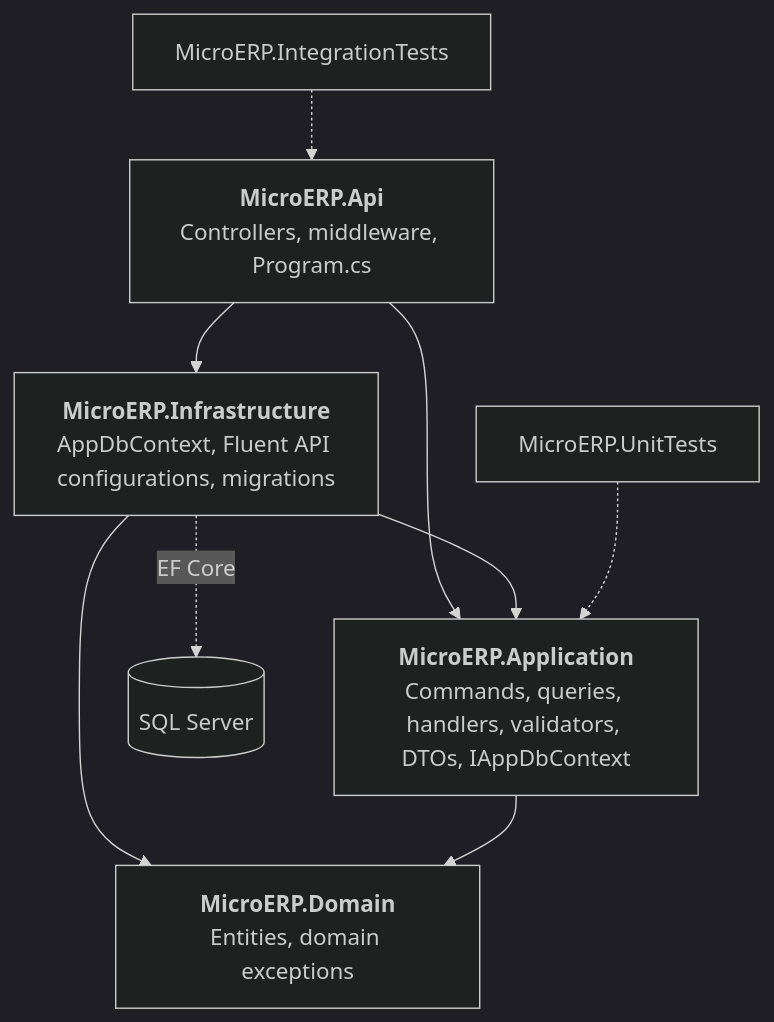
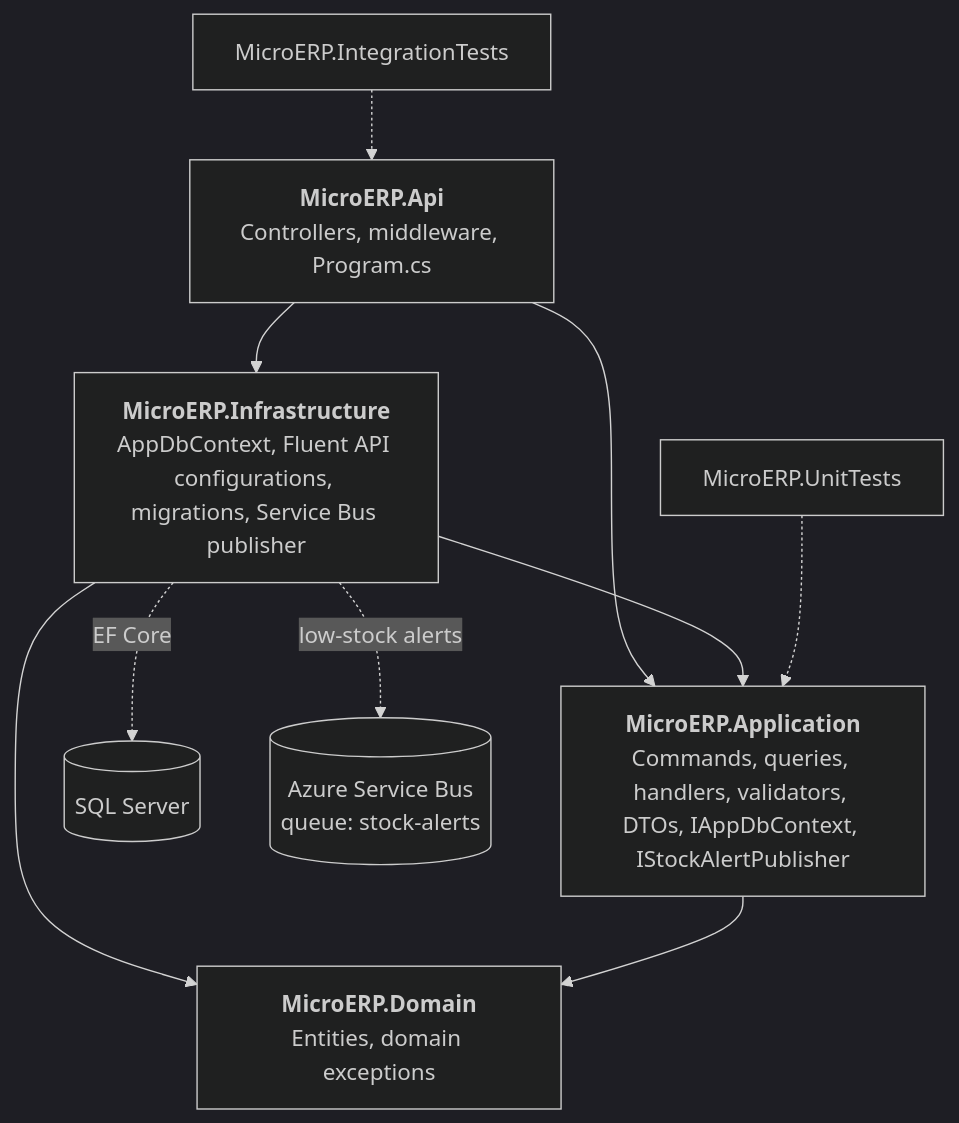
One commit to Nerso1/MicroERP changed the first of 3 diagrams in README.md. Above: the diagram before and after it, drawn with Mermaid (dark theme). The commit also changed other lines of this file, not shown here.

Commit message:
docs: document stock adjustments and Service Bus low-stock alerts in README

````diff
--- a/README.md
+++ b/README.md
@@ -90,18 +97,20 @@
 ```mermaid
 flowchart TD
     Api["<b>MicroERP.Api</b><br/>Controllers, middleware, Program.cs"]
-    Infrastructure["<b>MicroERP.Infrastructure</b><br/>AppDbContext, Fluent API configurations, migrations"]
-    Application["<b>MicroERP.Application</b><br/>Commands, queries, handlers, validators, DTOs, IAppDbContext"]
+    Infrastructure["<b>MicroERP.Infrastructure</b><br/>AppDbContext, Fluent API configurations, migrations, Service Bus publisher"]
+    Application["<b>MicroERP.Application</b><br/>Commands, queries, handlers, validators, DTOs, IAppDbContext, IStockAlertPublisher"]
     Domain["<b>MicroERP.Domain</b><br/>Entities, domain exceptions"]
     Database[("SQL Server")]
+    ServiceBus[("Azure Service Bus<br/>queue: stock-alerts")]
     Infrastructure -. "EF Core" .-> Database
+    Infrastructure -. "low-stock alerts" .-> ServiceBus
 
     Api --> Application
     Api --> Infrastructure
     Infrastructure --> Application
     Infrastructure --> Domain
     Application --> Domain
 
     UnitTests["MicroERP.UnitTests"] -.-> Application
     IntegrationTests["MicroERP.IntegrationTests"] -.-> Api
 ```
````
